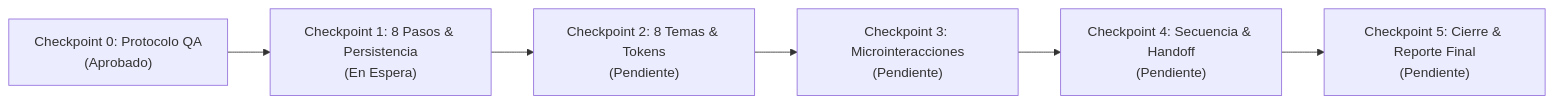
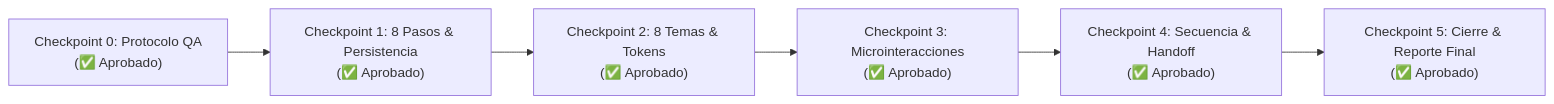
The diagram in ONBOARDING_AUDIT.md (JeremyDuoc/LumiApp), drawn with Mermaid before and after one commit. The commit also changed other lines of this file and 47 other files, not shown here.

````diff
--- a/ONBOARDING_AUDIT.md
+++ b/ONBOARDING_AUDIT.md
@@ -146,8 +146,8 @@
 ```mermaid
 flowchart LR
-    CP0["Checkpoint 0: Protocolo QA\n(Aprobado)"] --> CP1["Checkpoint 1: 8 Pasos & Persistencia\n(En Espera)"]
-    CP1 --> CP2["Checkpoint 2: 8 Temas & Tokens\n(Pendiente)"]
-    CP2 --> CP3["Checkpoint 3: Microinteracciones\n(Pendiente)"]
-    CP3 --> CP4["Checkpoint 4: Secuencia & Handoff\n(Pendiente)"]
-    CP4 --> CP5["Checkpoint 5: Cierre & Reporte Final\n(Pendiente)"]
+    CP0["Checkpoint 0: Protocolo QA\n(✅ Aprobado)"] --> CP1["Checkpoint 1: 8 Pasos & Persistencia\n(✅ Aprobado)"]
+    CP1 --> CP2["Checkpoint 2: 8 Temas & Tokens\n(✅ Aprobado)"]
+    CP2 --> CP3["Checkpoint 3: Microinteracciones\n(✅ Aprobado)"]
+    CP3 --> CP4["Checkpoint 4: Secuencia & Handoff\n(✅ Aprobado)"]
+    CP4 --> CP5["Checkpoint 5: Cierre & Reporte Final\n(✅ Aprobado)"]
 ```
````
